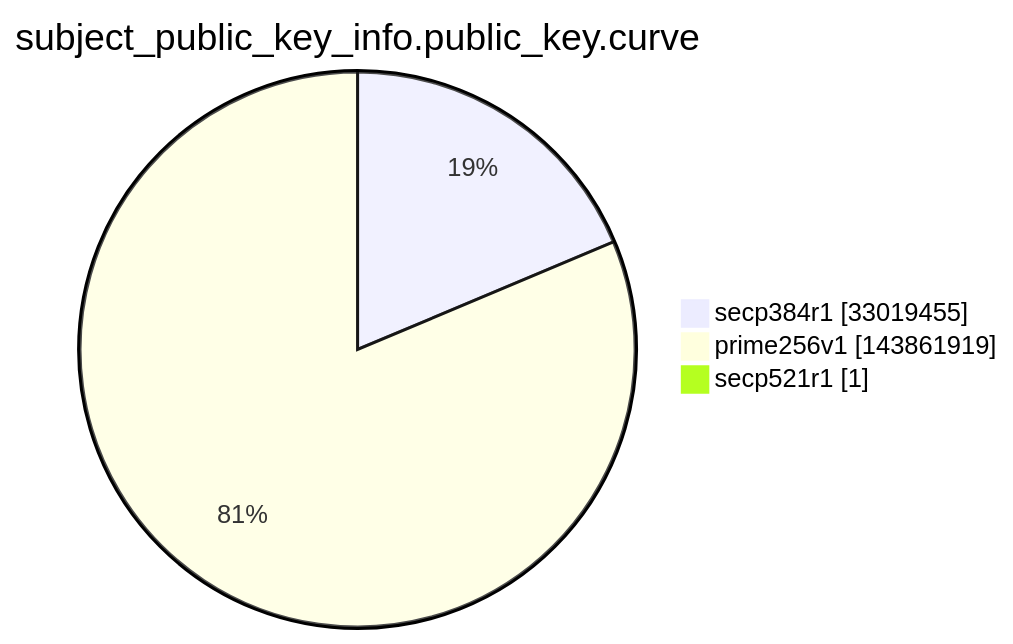
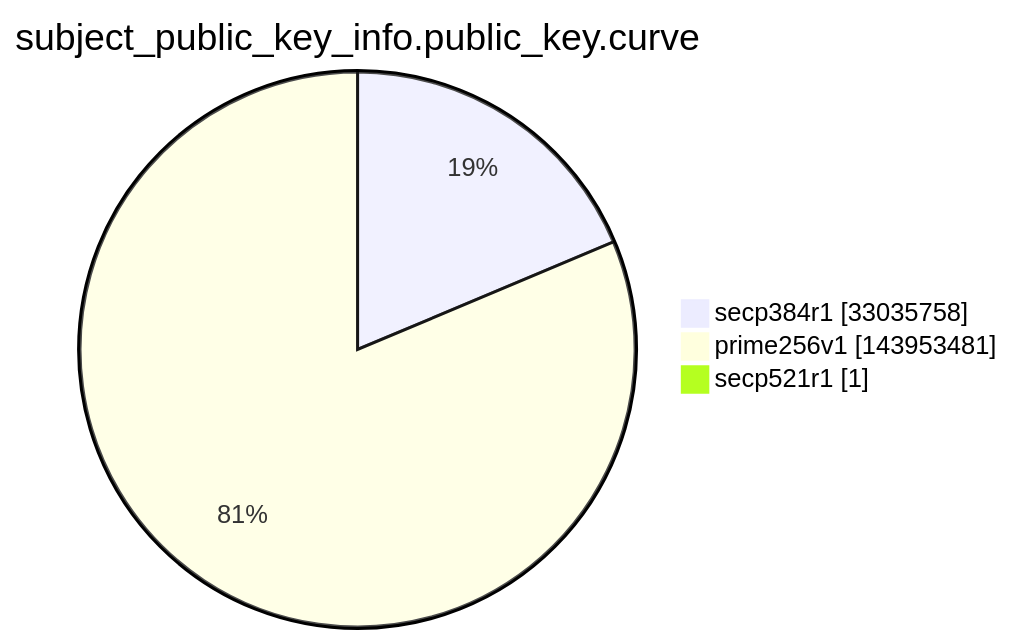
Before and after one commit to christiankrug/ctmonitor_visualization: the ninth of 15 diagrams in argon2022/README.md, drawn with Mermaid. The commit also changed other lines of this file, not shown here.

````diff
--- a/argon2022/README.md
+++ b/argon2022/README.md
@@ -2764,7 +2764,7 @@
 ```mermaid
 pie showData
 title subject_public_key_info.public_key.curve
-"secp384r1" :33019455
-"prime256v1" :143861919
+"secp384r1" :33035758
+"prime256v1" :143953481
 "secp521r1" :1
 ```
````
